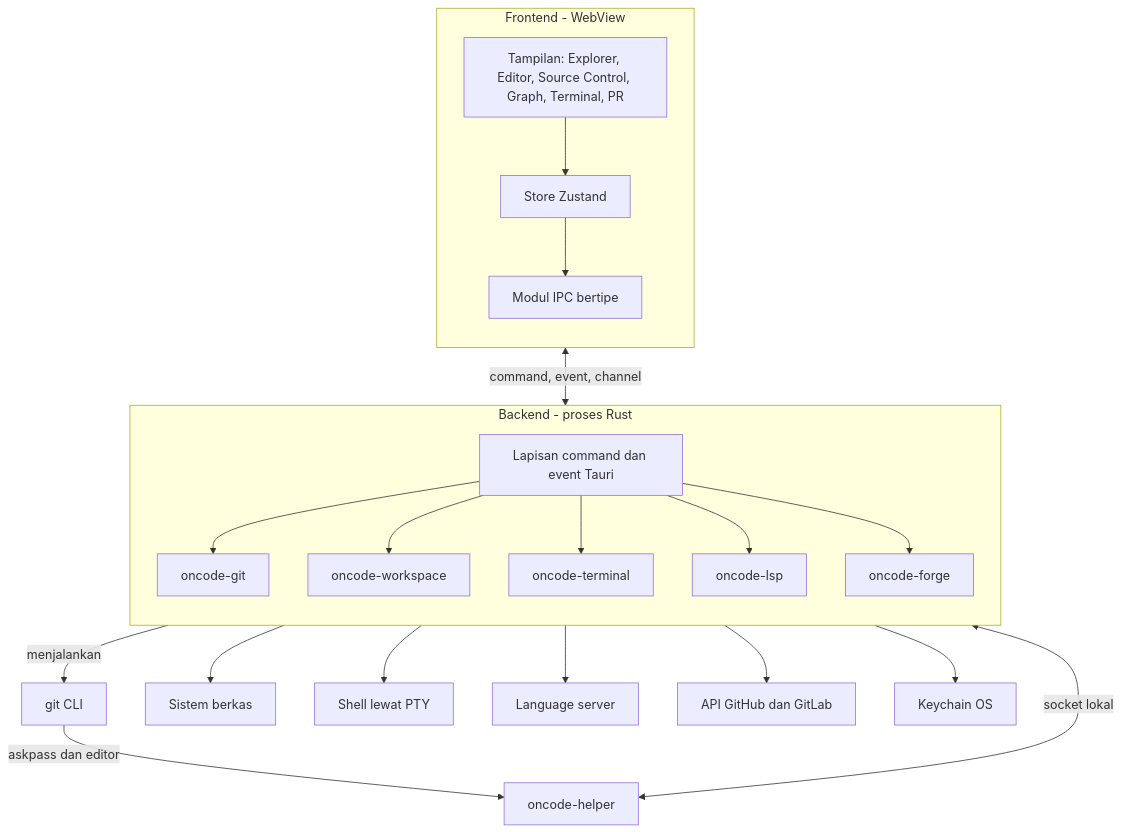
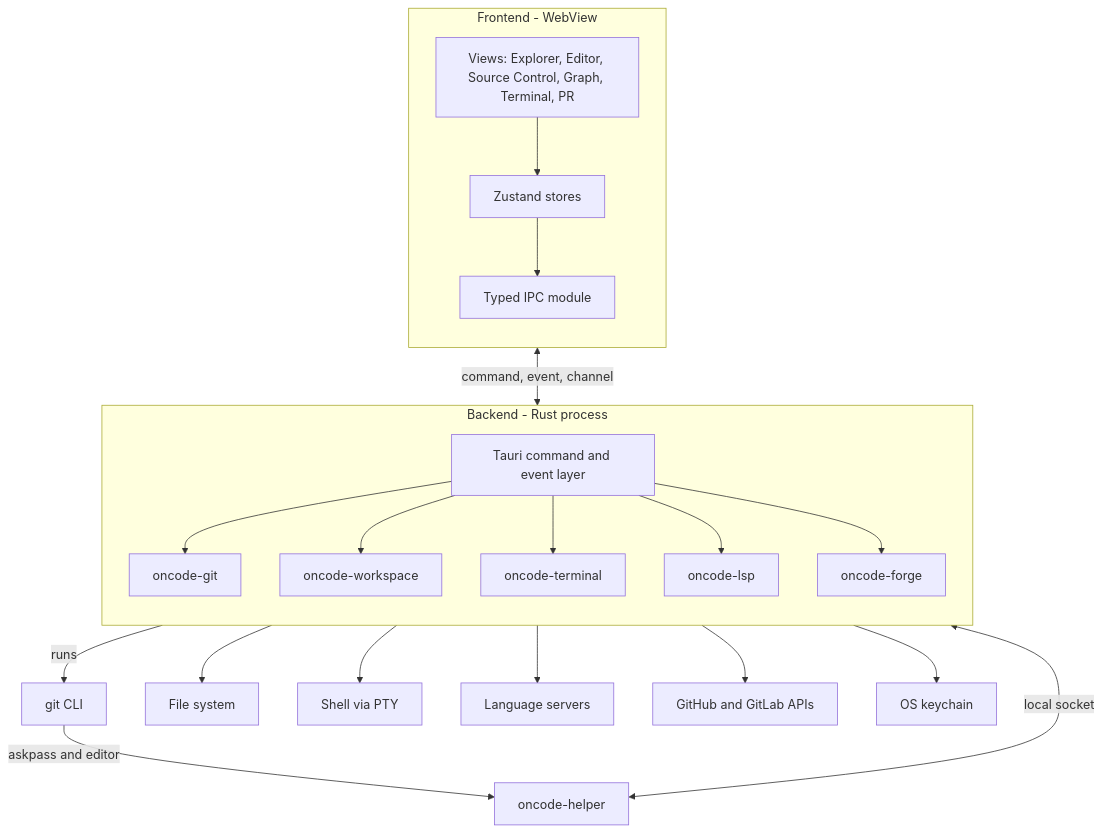
The first of 6 diagrams in docs/archive/DESIGN-v0.2-tauri.md (OkkyRoyDirgantara/oncode), drawn with Mermaid before and after one commit. The commit also changed other lines of this file and 240 other files, not shown here.

````diff
--- a/docs/archive/DESIGN-v0.2-tauri.md
+++ b/docs/archive/DESIGN-v0.2-tauri.md
@@ -248,36 +248,36 @@
 ```mermaid
 flowchart TB
     subgraph UI["Frontend - WebView"]
         direction TB
-        Views["Tampilan: Explorer, Editor, Source Control, Graph, Terminal, PR"]
-        Stores["Store Zustand"]
-        IPCClient["Modul IPC bertipe"]
+        Views["Views: Explorer, Editor, Source Control, Graph, Terminal, PR"]
+        Stores["Zustand stores"]
+        IPCClient["Typed IPC module"]
         Views --> Stores --> IPCClient
     end
 
-    subgraph Core["Backend - proses Rust"]
+    subgraph Core["Backend - Rust process"]
         direction TB
-        Cmd["Lapisan command dan event Tauri"]
+        Cmd["Tauri command and event layer"]
         GitCrate["oncode-git"]
         WsCrate["oncode-workspace"]
         TermCrate["oncode-terminal"]
         LspCrate["oncode-lsp"]
         ForgeCrate["oncode-forge"]
         Cmd --> GitCrate
         Cmd --> WsCrate
         Cmd --> TermCrate
         Cmd --> LspCrate
         Cmd --> ForgeCrate
     end
 
     IPCClient <-->|"command, event, channel"| Cmd
 
-    GitCrate -->|"menjalankan"| GitCli["git CLI"]
-    GitCli -->|"askpass dan editor"| Helper["oncode-helper"]
-    Helper <-->|"socket lokal"| GitCrate
-    WsCrate --> Disk["Sistem berkas"]
-    TermCrate --> Shell["Shell lewat PTY"]
-    LspCrate --> Servers["Language server"]
-    ForgeCrate --> Apis["API GitHub dan GitLab"]
-    ForgeCrate --> Keychain["Keychain OS"]
+    GitCrate -->|"runs"| GitCli["git CLI"]
+    GitCli -->|"askpass and editor"| Helper["oncode-helper"]
+    Helper <-->|"local socket"| GitCrate
+    WsCrate --> Disk["File system"]
+    TermCrate --> Shell["Shell via PTY"]
+    LspCrate --> Servers["Language servers"]
+    ForgeCrate --> Apis["GitHub and GitLab APIs"]
+    ForgeCrate --> Keychain["OS keychain"]
 ```
````
